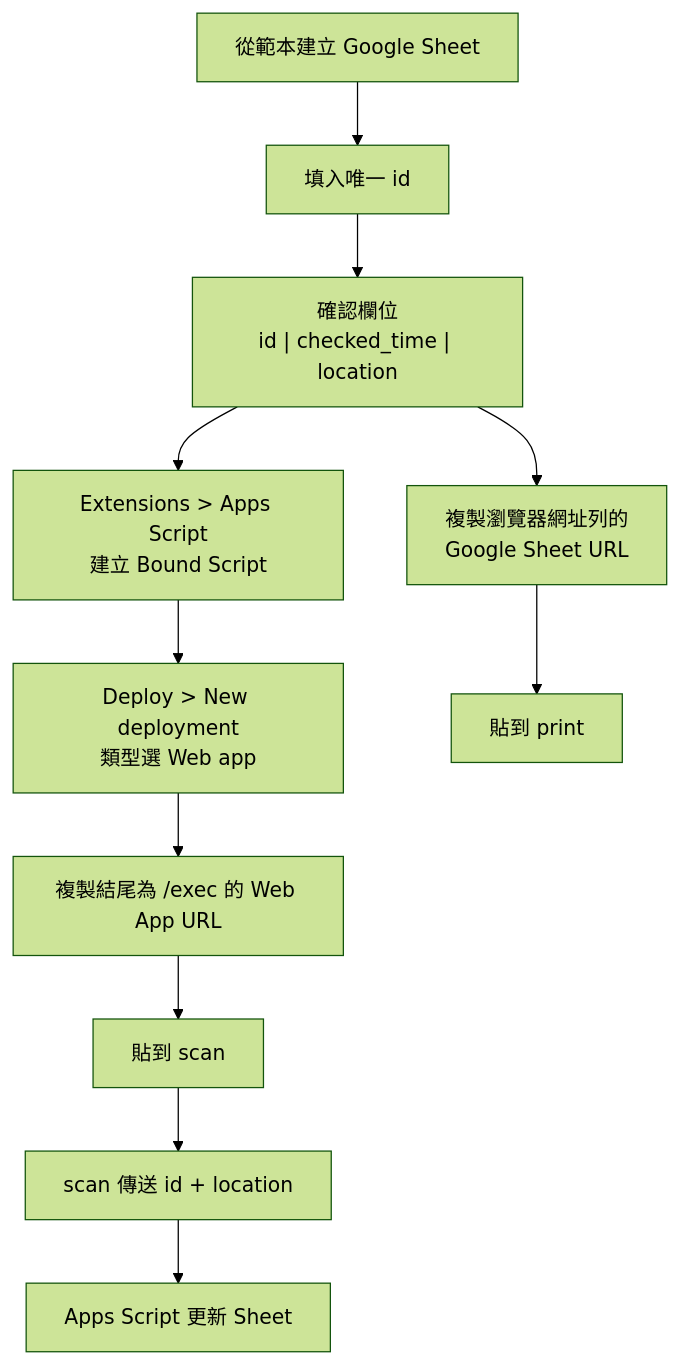
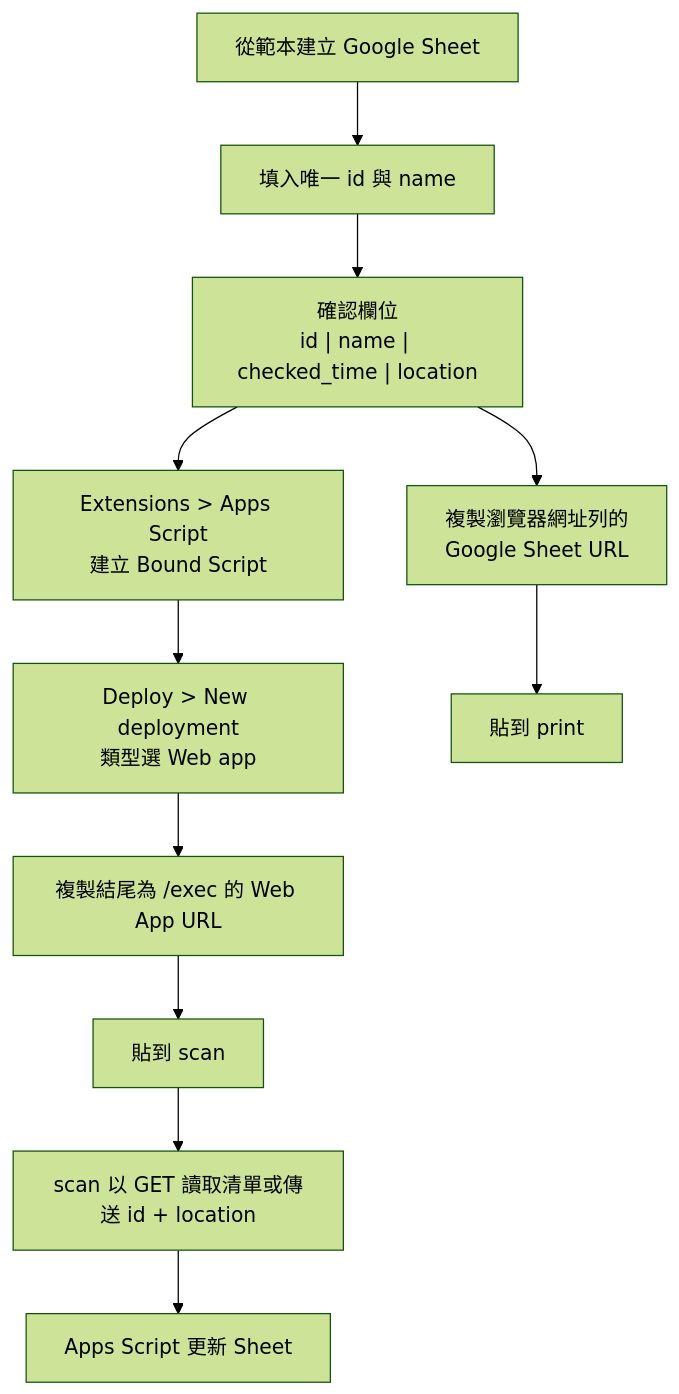
Before and after one commit to pulipulichen/Mobile-Inventory-Scanner: the diagram in google_sheet/README.md, drawn with Mermaid (forest theme). The commit also changed other lines of this file and 63 other files, not shown here.

````diff
--- a/google_sheet/README.md
+++ b/google_sheet/README.md
@@ -12,13 +12,13 @@
 ```mermaid
 flowchart TB
-    A["從範本建立 Google Sheet"] --> B["填入唯一 id"]
-    B --> C["確認欄位<br/>id | checked_time | location"]
+    A["從範本建立 Google Sheet"] --> B["填入唯一 id 與 name"]
+    B --> C["確認欄位<br/>id | name | checked_time | location"]
     C --> D["Extensions > Apps Script<br/>建立 Bound Script"]
     D --> E["Deploy > New deployment<br/>類型選 Web app"]
     E --> F["複製結尾為 /exec 的 Web App URL"]
     C --> G["複製瀏覽器網址列的<br/>Google Sheet URL"]
     G --> H["貼到 print"]
     F --> I["貼到 scan"]
-    I --> J["scan 傳送 id + location"]
+    I --> J["scan 以 GET 讀取清單或傳送 id + location"]
     J --> K["Apps Script 更新 Sheet"]
 ```
````
